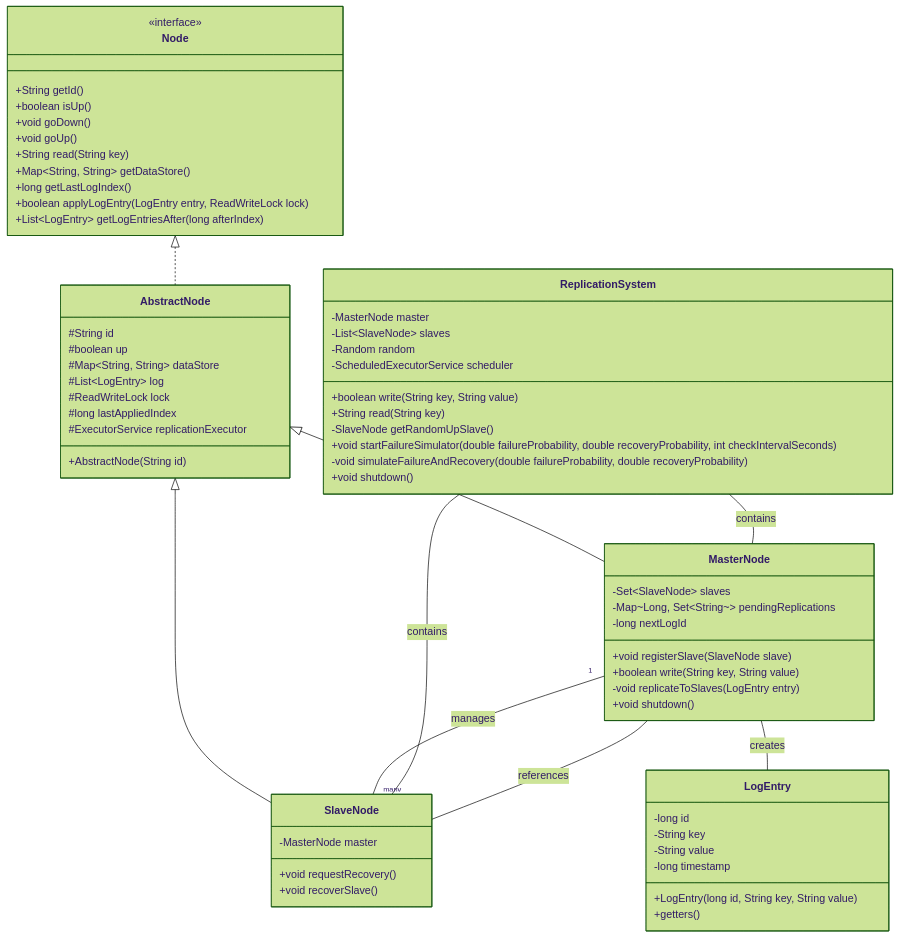
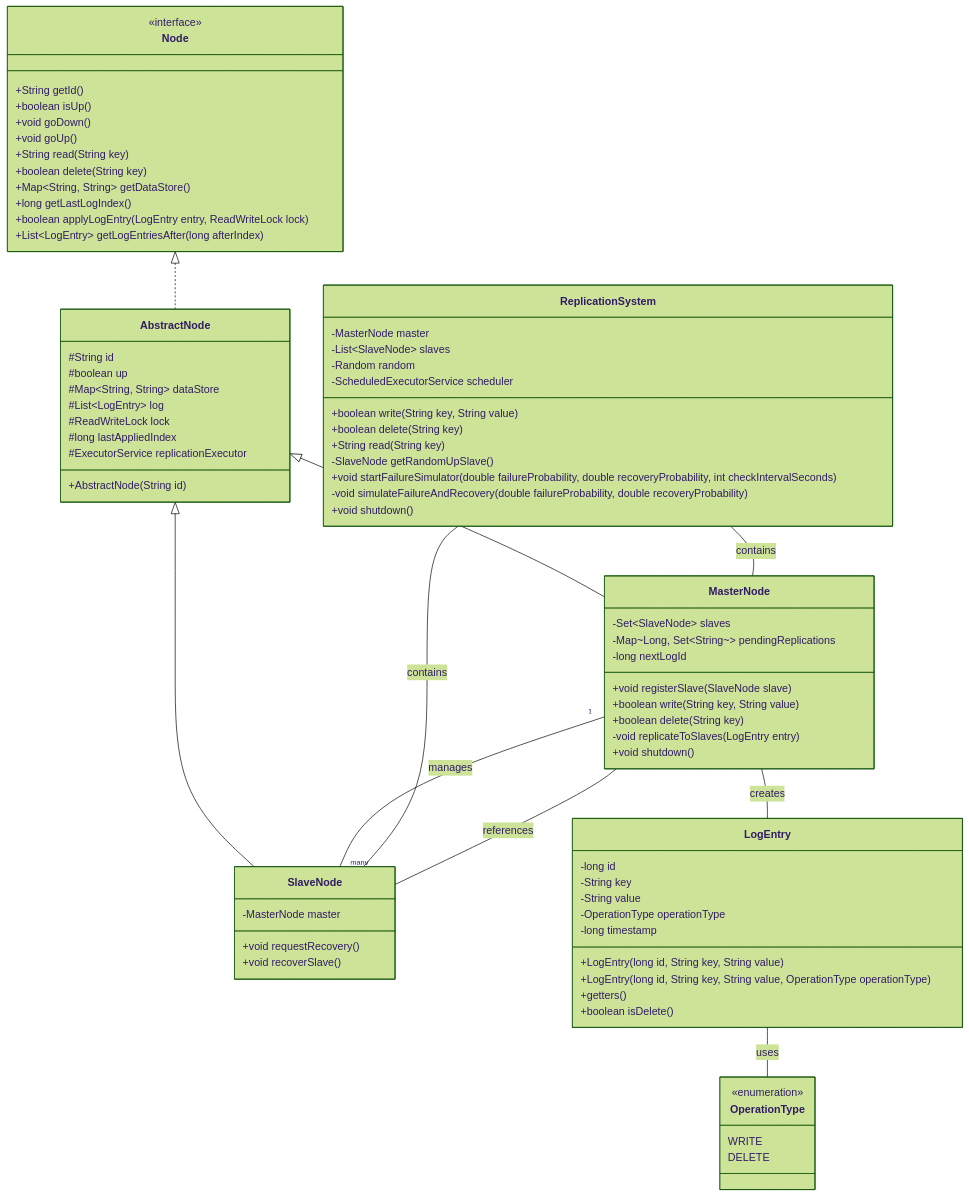
One commit to billycychan/master-slave-replication-java changed the third of 9 diagrams in diagrams.md. Above: the diagram before and after it, drawn with Mermaid (forest theme). The commit also changed other lines of this file, not shown here.

Commit message:
feat: update the diagrams for delete operation

```diff
--- a/diagrams.md
+++ b/diagrams.md
@@ -189,6 +210,7 @@
         +void goDown()
         +void goUp()
         +String read(String key)
+        +boolean delete(String key)
         +Map~String, String~ getDataStore()
         +long getLastLogIndex()
         +boolean applyLogEntry(LogEntry entry, ReadWriteLock lock)
@@ -212,6 +234,7 @@
         -long nextLogId
         +void registerSlave(SlaveNode slave)
         +boolean write(String key, String value)
+        +boolean delete(String key)
         -void replicateToSlaves(LogEntry entry)
         +void shutdown()
     }
@@ -226,9 +249,18 @@
         -long id
         -String key
         -String value
+        -OperationType operationType
         -long timestamp
         +LogEntry(long id, String key, String value)
+        +LogEntry(long id, String key, String value, OperationType operationType)
         +getters()
+        +boolean isDelete()
+    }
+    
+    class OperationType {
+        <<enumeration>>
+        WRITE
+        DELETE
     }
 
     class ReplicationSystem {
@@ -237,6 +269,7 @@
         -Random random
         -ScheduledExecutorService scheduler
         +boolean write(String key, String value)
+        +boolean delete(String key)
         +String read(String key)
         -SlaveNode getRandomUpSlave()
         +void startFailureSimulator(double failureProbability, double recoveryProbability, int checkIntervalSeconds)
@@ -249,6 +282,7 @@
     AbstractNode <|-- SlaveNode
     MasterNode "1" -- "many" SlaveNode : manages
     MasterNode -- LogEntry : creates
+    LogEntry -- OperationType : uses
     SlaveNode -- MasterNode : references
     ReplicationSystem -- MasterNode : contains
     ReplicationSystem -- SlaveNode : contains
```
